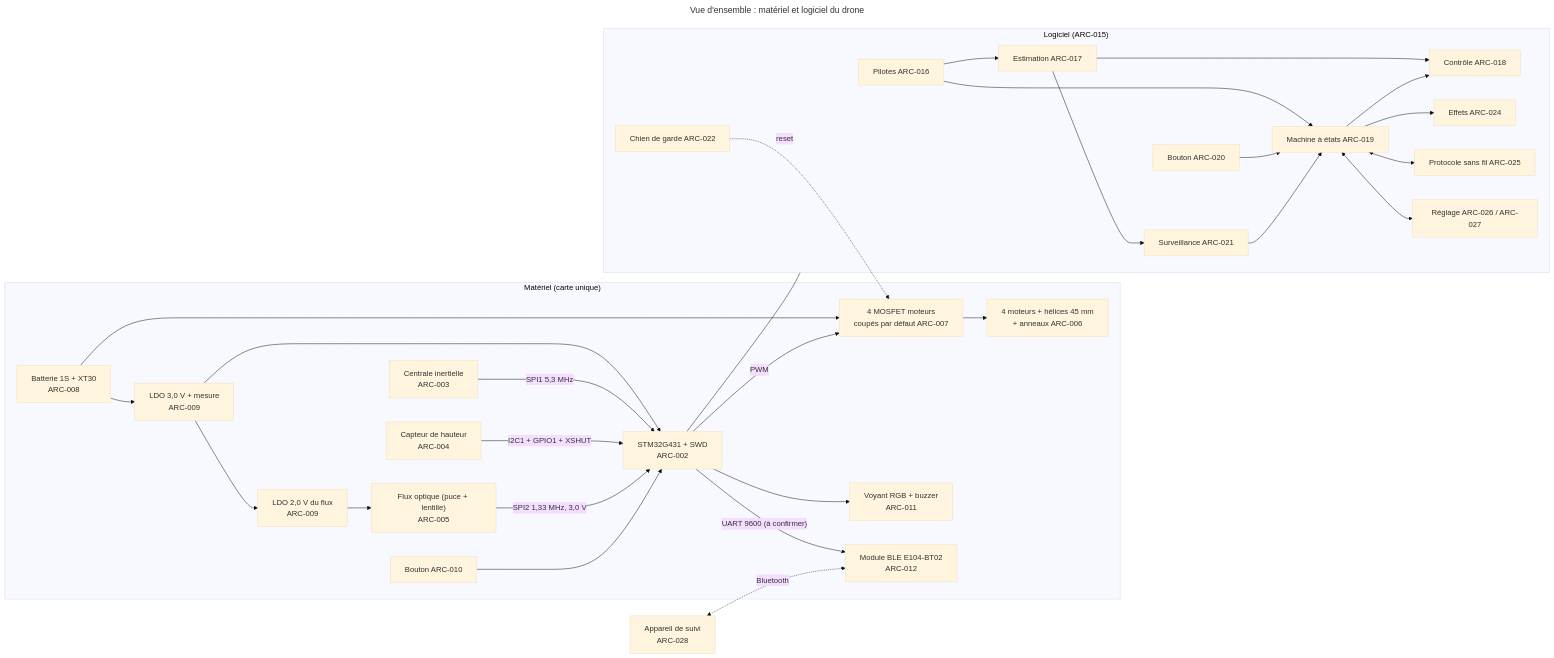
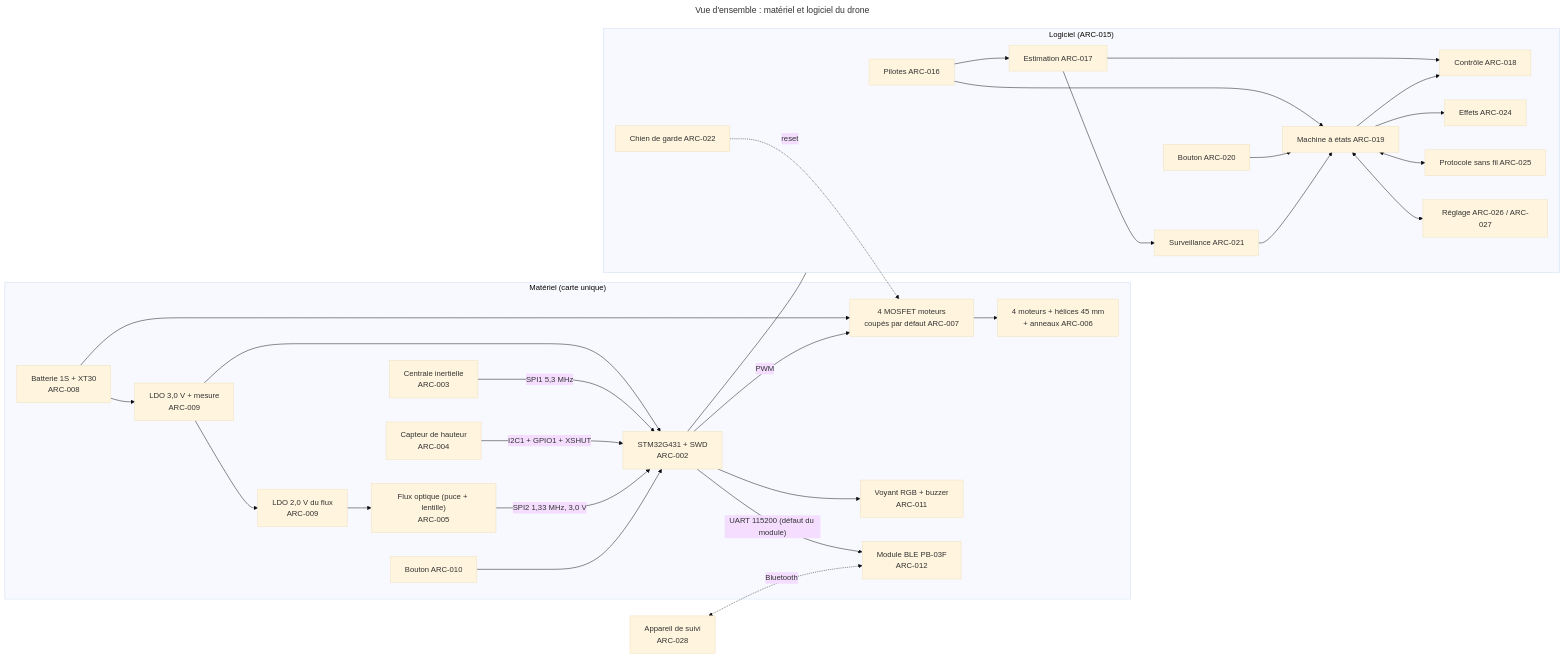
Before and after one commit to thourymatthieu-png/coworker_archi_system: the first of 3 diagrams in projets/boomrone/03-architecture.md, drawn with Mermaid (base theme). The commit also changed other lines of this file and 10 other files, not shown here.

````diff
--- a/projets/boomrone/03-architecture.md
+++ b/projets/boomrone/03-architecture.md
@@ -15,36 +15,36 @@
 ```mermaid
 ---
 title: "Vue d'ensemble : matériel et logiciel du drone"
 ---
 flowchart LR
     subgraph MAT["Matériel (carte unique)"]
         BAT["Batterie 1S + XT30<br/>ARC-008"] --> LDO["LDO 3,0 V + mesure<br/>ARC-009"]
         BAT --> MOS["4 MOSFET moteurs<br/>coupés par défaut ARC-007"]
         MOS --> MOT["4 moteurs + hélices 45 mm<br/>+ anneaux ARC-006"]
         LDO --> MCU["STM32G431 + SWD<br/>ARC-002"]
         IMU["Centrale inertielle<br/>ARC-003"] -- "SPI1 5,3 MHz" --> MCU
         TOF["Capteur de hauteur<br/>ARC-004"] -- "I2C1 + GPIO1 + XSHUT" --> MCU
         LDO --> LDF["LDO 2,0 V du flux<br/>ARC-009"]
         LDF --> FLX["Flux optique (puce + lentille)<br/>ARC-005"]
         FLX -- "SPI2 1,33 MHz, 3,0 V" --> MCU
         BTN["Bouton ARC-010"] --> MCU
         MCU -- "PWM" --> MOS
         MCU --> LED["Voyant RGB + buzzer<br/>ARC-011"]
-        MCU -- "UART 9600 (à confirmer)" --> BLE["Module BLE E104-BT02<br/>ARC-012"]
+        MCU -- "UART 115200 (défaut du module)" --> BLE["Module BLE PB-03F<br/>ARC-012"]
     end
     subgraph LOG["Logiciel (ARC-015)"]
         DRV["Pilotes ARC-016"] --> EST["Estimation ARC-017"]
         EST --> CTL["Contrôle ARC-018"]
         DRV --> FSM["Machine à états ARC-019"]
         BUT["Bouton ARC-020"] --> FSM
         SAF["Surveillance ARC-021"] --> FSM
         EST --> SAF
         FSM --> CTL
         FSM --> EFF["Effets ARC-024"]
         FSM <--> RAD["Protocole sans fil ARC-025"]
         FSM <--> TUN["Réglage ARC-026 / ARC-027"]
         WDG["Chien de garde ARC-022"] -. "reset" .-> MOS
     end
     PC["Appareil de suivi<br/>ARC-028"] <-. "Bluetooth" .-> BLE
     MCU --- LOG
 ```
````
